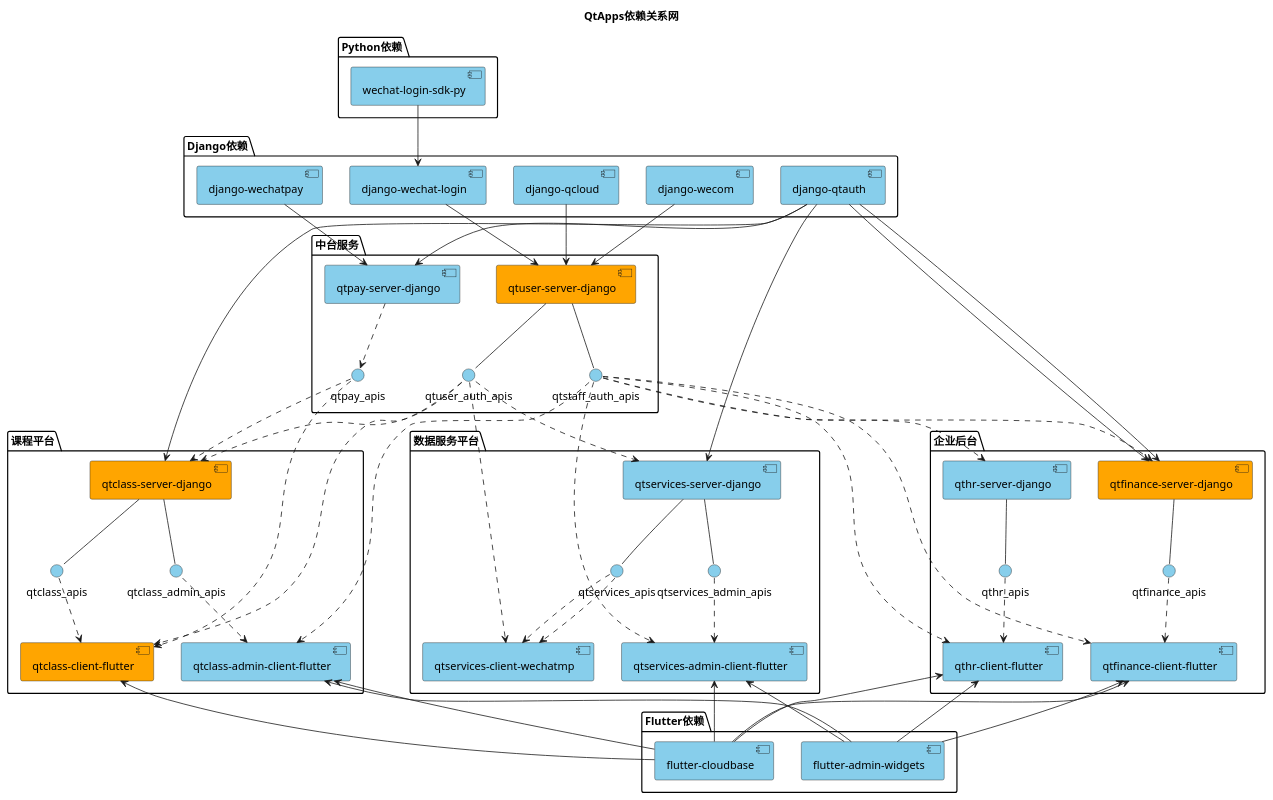
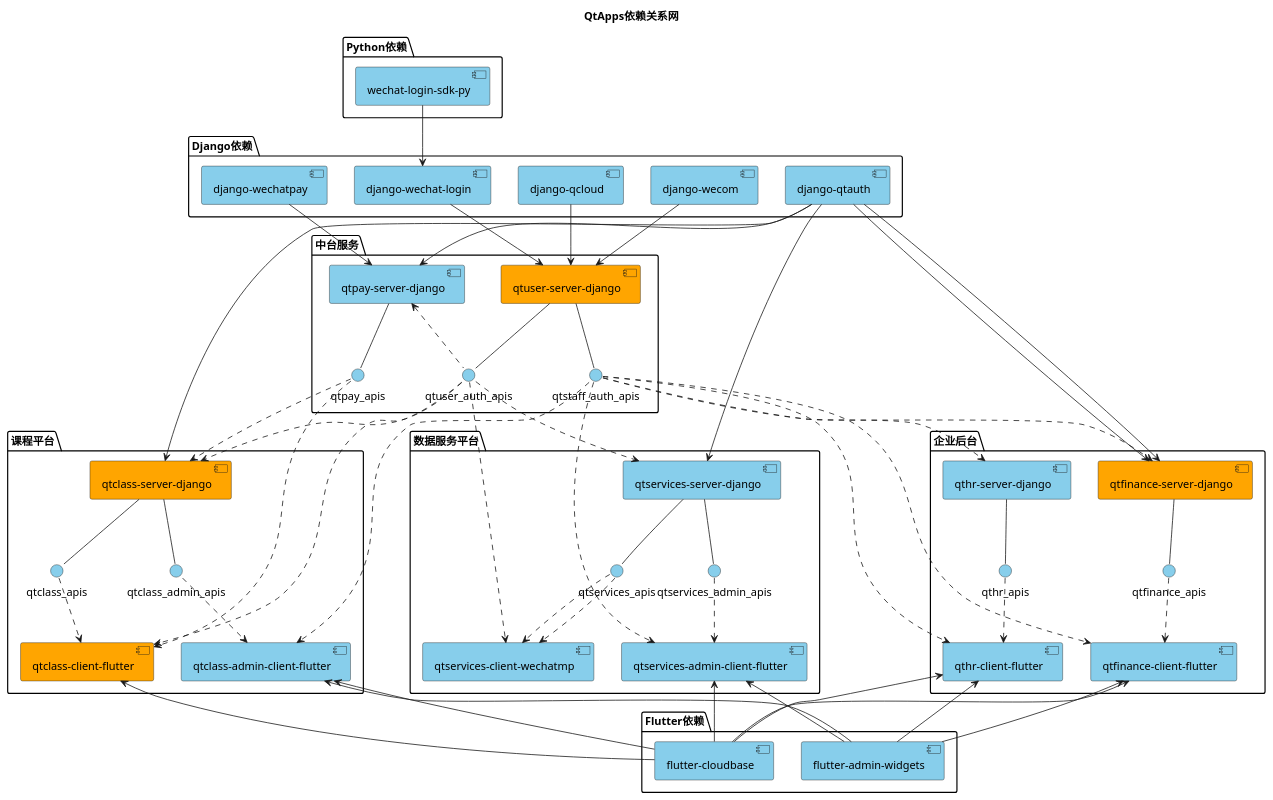
One commit to quanttide/qtapps-arch changed the diagram in applications/requirements/qtapps_req_relations.puml. Above: the diagram before and after it, drawn with PlantUML. The commit also changed 1 other file, not shown here.

Commit message:
update 依赖关系图

```diff
--- a/applications/requirements/qtapps_req_relations.puml
+++ b/applications/requirements/qtapps_req_relations.puml
@@ -1,114 +1,115 @@
 @startuml
 title QtApps依赖关系网
 
 folder "Python依赖" {
     [wechat-login-sdk-py] #SkyBlue
 }
 
 folder "Django依赖" {
     [django-wechat-login] #SkyBlue
     [django-wechatpay] #SkyBlue
     [django-wecom] #SkyBlue
     [django-qcloud] #SkyBlue
     [django-qtauth] #SkyBlue
 }
 
 [wechat-login-sdk-py] --> [django-wechat-login]
 
 folder "Flutter依赖" {
     [flutter-cloudbase] #SkyBlue
     [flutter-admin-widgets] #SkyBlue
 }
 
 folder "中台服务" {
     [qtuser-server-django] #Orange
     () qtuser_auth_apis #SkyBlue
     () qtstaff_auth_apis #SkyBlue
     [qtpay-server-django] #SkyBlue
     () qtpay_apis #SkyBlue
 }
 
 [django-qcloud] --> [qtuser-server-django]
 [django-wechat-login] --> [qtuser-server-django]
 [django-wecom] --> [qtuser-server-django]
 [qtuser-server-django] -- qtuser_auth_apis
 [qtuser-server-django] -- qtstaff_auth_apis
 
 [django-qtauth] --> [qtpay-server-django]
 [django-wechatpay] --> [qtpay-server-django]
-[qtpay-server-django] ..> qtpay_apis
+qtuser_auth_apis .up.> [qtpay-server-django]
+[qtpay-server-django] -- qtpay_apis
 
 folder "课程平台" {
     [qtclass-server-django] #Orange
     () qtclass_apis #SkyBlue
     () qtclass_admin_apis #SkyBlue
     [qtclass-client-flutter] #Orange
     [qtclass-admin-client-flutter] #SkyBlue
 }
 
 [django-qtauth] --> [qtclass-server-django]
 qtuser_auth_apis ..> [qtclass-server-django]
 qtpay_apis ..> [qtclass-server-django]
 [qtclass-server-django] -- qtclass_apis
 [qtclass-server-django] -- qtclass_admin_apis
 
 [flutter-cloudbase] -up-> [qtclass-client-flutter]
 qtclass_apis ..> [qtclass-client-flutter]
 qtuser_auth_apis ..> [qtclass-client-flutter]
 qtpay_apis ..> [qtclass-client-flutter]
 
 [flutter-cloudbase] -up-> [qtclass-admin-client-flutter]
 [flutter-admin-widgets] -up-> [qtclass-admin-client-flutter]
 qtclass_admin_apis ..> [qtclass-admin-client-flutter]
 qtstaff_auth_apis ..> [qtclass-admin-client-flutter]
 
 folder "数据服务平台" {
     [qtservices-server-django] #SkyBlue
     () qtservices_apis #SkyBlue
     () qtservices_admin_apis #SkyBlue
     [qtservices-client-wechatmp] #SkyBlue
     [qtservices-admin-client-flutter] #SkyBlue
 }
 
 qtservices_apis ..> [qtservices-client-wechatmp]
 qtuser_auth_apis ..> [qtservices-client-wechatmp]
 [django-qtauth] --> [qtservices-server-django]
 qtuser_auth_apis ..> [qtservices-server-django]
 [qtservices-server-django] -- qtservices_apis
 [qtservices-server-django] -- qtservices_admin_apis
 
 qtservices_apis ..> [qtservices-client-wechatmp]
 
 [flutter-cloudbase] -up-> [qtservices-admin-client-flutter]
 [flutter-admin-widgets] -up-> [qtservices-admin-client-flutter]
 qtservices_admin_apis ..> [qtservices-admin-client-flutter]
 qtstaff_auth_apis ..> [qtservices-admin-client-flutter]
 
 folder "企业后台" {
     [qtfinance-server-django] #Orange
     () qtfinance_apis #SkyBlue
     [qthr-server-django] #SkyBlue
     () qthr_apis #SkyBlue
     [qtfinance-client-flutter] #SkyBlue
     [qthr-client-flutter] #SkyBlue
 }
 
 [django-qtauth] --> [qtfinance-server-django]
 qtstaff_auth_apis ..> [qtfinance-server-django]
 [qtfinance-server-django] -- qtfinance_apis
 
 [django-qtauth] --> [qtfinance-server-django]
 qtstaff_auth_apis ..> [qthr-server-django]
 [qthr-server-django] -- qthr_apis
 
 [flutter-cloudbase] -up-> [qtfinance-client-flutter]
 [flutter-admin-widgets] -up-> [qtfinance-client-flutter]
 qtfinance_apis ..> [qtfinance-client-flutter]
 qtstaff_auth_apis ..> [qtfinance-client-flutter]
 
 [flutter-cloudbase] -up-> [qthr-client-flutter]
 [flutter-admin-widgets] -up-> [qthr-client-flutter]
 qthr_apis ..> [qthr-client-flutter]
 qtstaff_auth_apis ..> [qthr-client-flutter]
 
 @enduml
```
